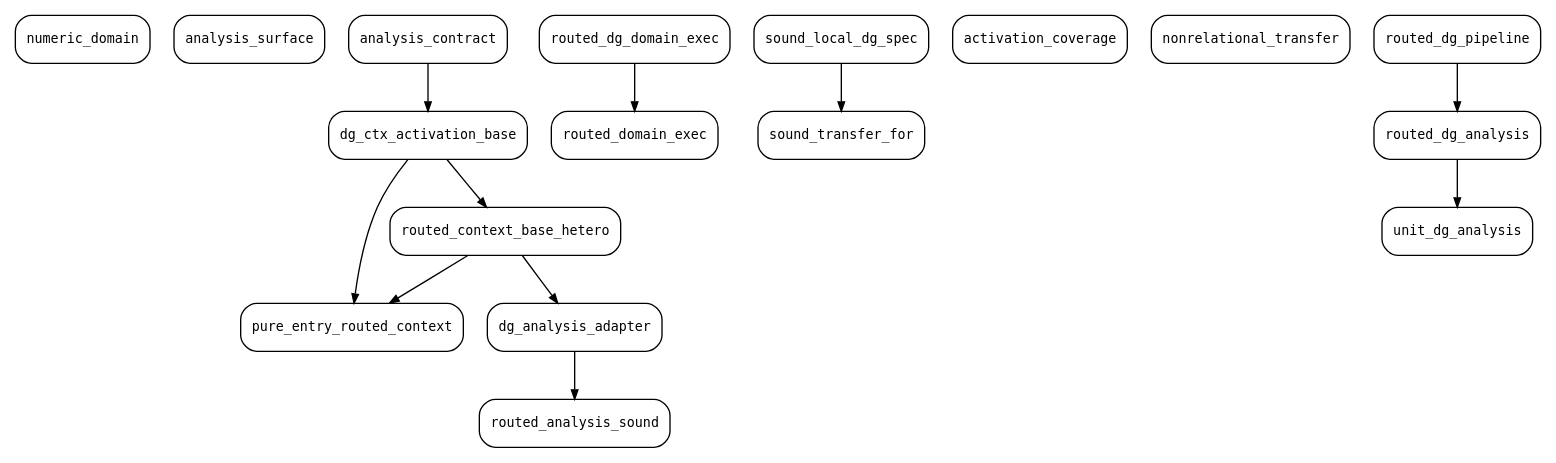
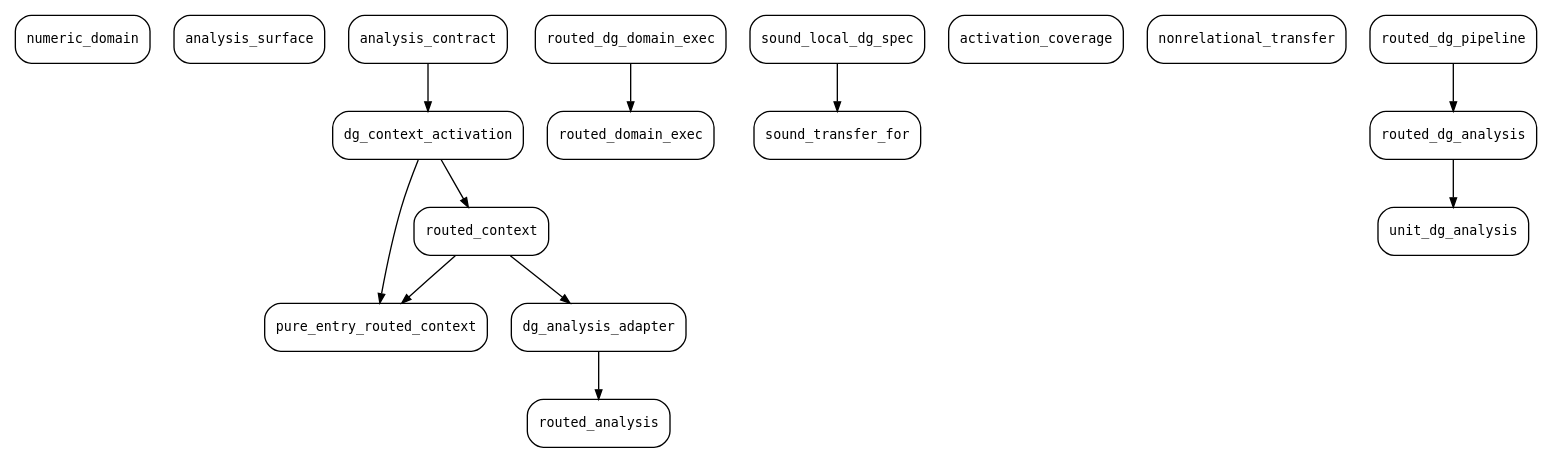
The diagram in thesis/shared/dot/locale_deps.dot (ManuelLerchner/Voblint-Verification-Master-Thesis), drawn with Graphviz before and after one commit. The commit also changed 4 other files, not shown here.

```diff
--- a/thesis/shared/dot/locale_deps.dot
+++ b/thesis/shared/dot/locale_deps.dot
@@ -1,31 +1,31 @@
 digraph locales {
   rankdir=TB;
   edge [arrowsize=0.7];
   "numeric_domain" [shape=box, style=rounded, fontname="DejaVu Sans Mono", fontsize=10];
   "analysis_surface" [shape=box, style=rounded, fontname="DejaVu Sans Mono", fontsize=10];
   "dg_analysis_adapter" [shape=box, style=rounded, fontname="DejaVu Sans Mono", fontsize=10];
-  "dg_ctx_activation_base" [shape=box, style=rounded, fontname="DejaVu Sans Mono", fontsize=10];
+  "dg_context_activation" [shape=box, style=rounded, fontname="DejaVu Sans Mono", fontsize=10];
   "routed_dg_domain_exec" [shape=box, style=rounded, fontname="DejaVu Sans Mono", fontsize=10];
   "sound_transfer_for" [shape=box, style=rounded, fontname="DejaVu Sans Mono", fontsize=10];
   "analysis_contract" [shape=box, style=rounded, fontname="DejaVu Sans Mono", fontsize=10];
   "sound_local_dg_spec" [shape=box, style=rounded, fontname="DejaVu Sans Mono", fontsize=10];
   "pure_entry_routed_context" [shape=box, style=rounded, fontname="DejaVu Sans Mono", fontsize=10];
   "activation_coverage" [shape=box, style=rounded, fontname="DejaVu Sans Mono", fontsize=10];
   "nonrelational_transfer" [shape=box, style=rounded, fontname="DejaVu Sans Mono", fontsize=10];
-  "routed_analysis_sound" [shape=box, style=rounded, fontname="DejaVu Sans Mono", fontsize=10];
-  "routed_context_base_hetero" [shape=box, style=rounded, fontname="DejaVu Sans Mono", fontsize=10];
+  "routed_analysis" [shape=box, style=rounded, fontname="DejaVu Sans Mono", fontsize=10];
+  "routed_context" [shape=box, style=rounded, fontname="DejaVu Sans Mono", fontsize=10];
   "routed_dg_analysis" [shape=box, style=rounded, fontname="DejaVu Sans Mono", fontsize=10];
   "routed_dg_pipeline" [shape=box, style=rounded, fontname="DejaVu Sans Mono", fontsize=10];
   "routed_domain_exec" [shape=box, style=rounded, fontname="DejaVu Sans Mono", fontsize=10];
   "unit_dg_analysis" [shape=box, style=rounded, fontname="DejaVu Sans Mono", fontsize=10];
-  "routed_context_base_hetero" -> "dg_analysis_adapter";
-  "analysis_contract" -> "dg_ctx_activation_base";
+  "routed_context" -> "dg_analysis_adapter";
+  "analysis_contract" -> "dg_context_activation";
   "sound_local_dg_spec" -> "sound_transfer_for";
-  "routed_context_base_hetero" -> "pure_entry_routed_context";
-  "dg_ctx_activation_base" -> "pure_entry_routed_context";
-  "dg_analysis_adapter" -> "routed_analysis_sound";
-  "dg_ctx_activation_base" -> "routed_context_base_hetero";
+  "routed_context" -> "pure_entry_routed_context";
+  "dg_context_activation" -> "pure_entry_routed_context";
+  "dg_analysis_adapter" -> "routed_analysis";
+  "dg_context_activation" -> "routed_context";
   "routed_dg_pipeline" -> "routed_dg_analysis";
   "routed_dg_domain_exec" -> "routed_domain_exec";
   "routed_dg_analysis" -> "unit_dg_analysis";
 }
```
